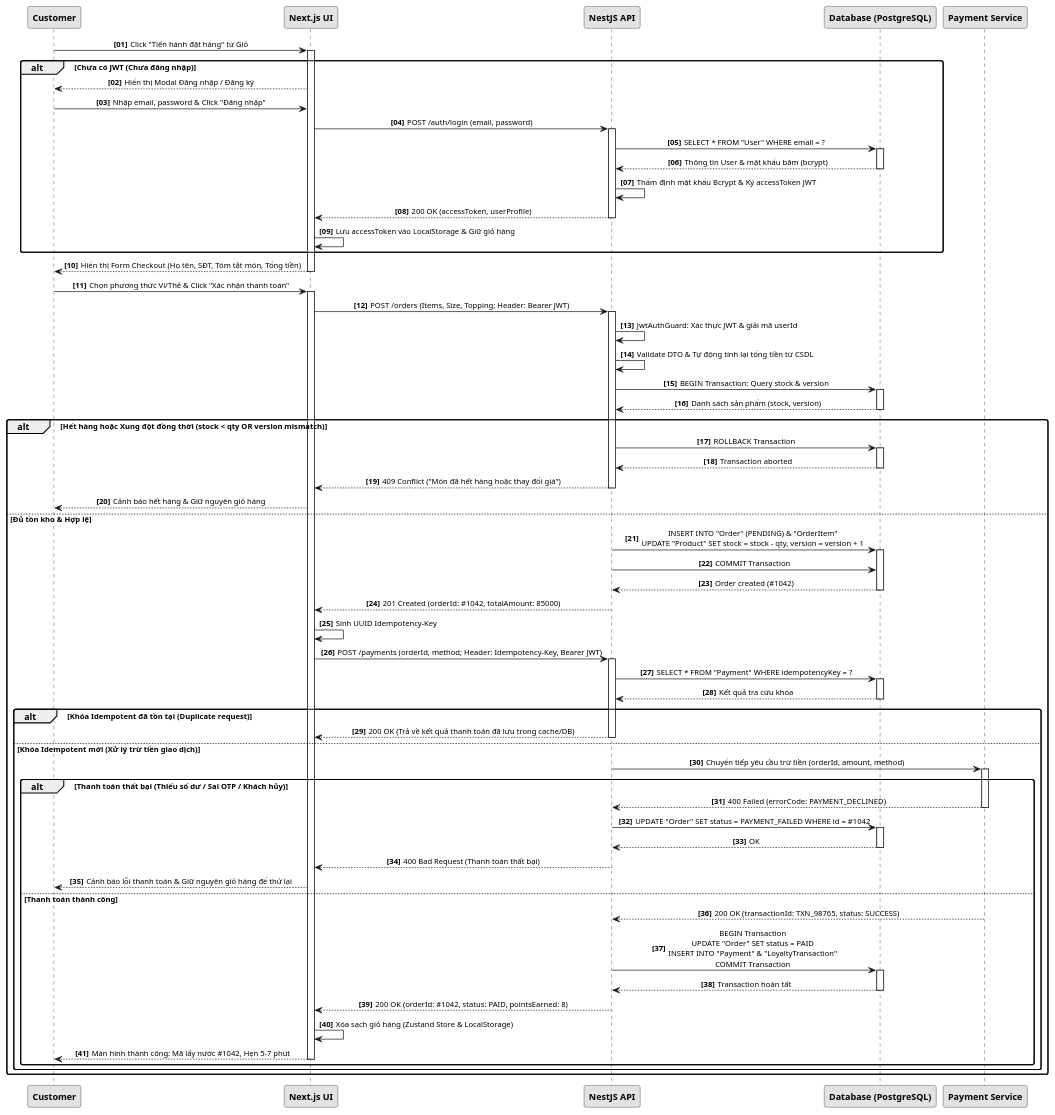
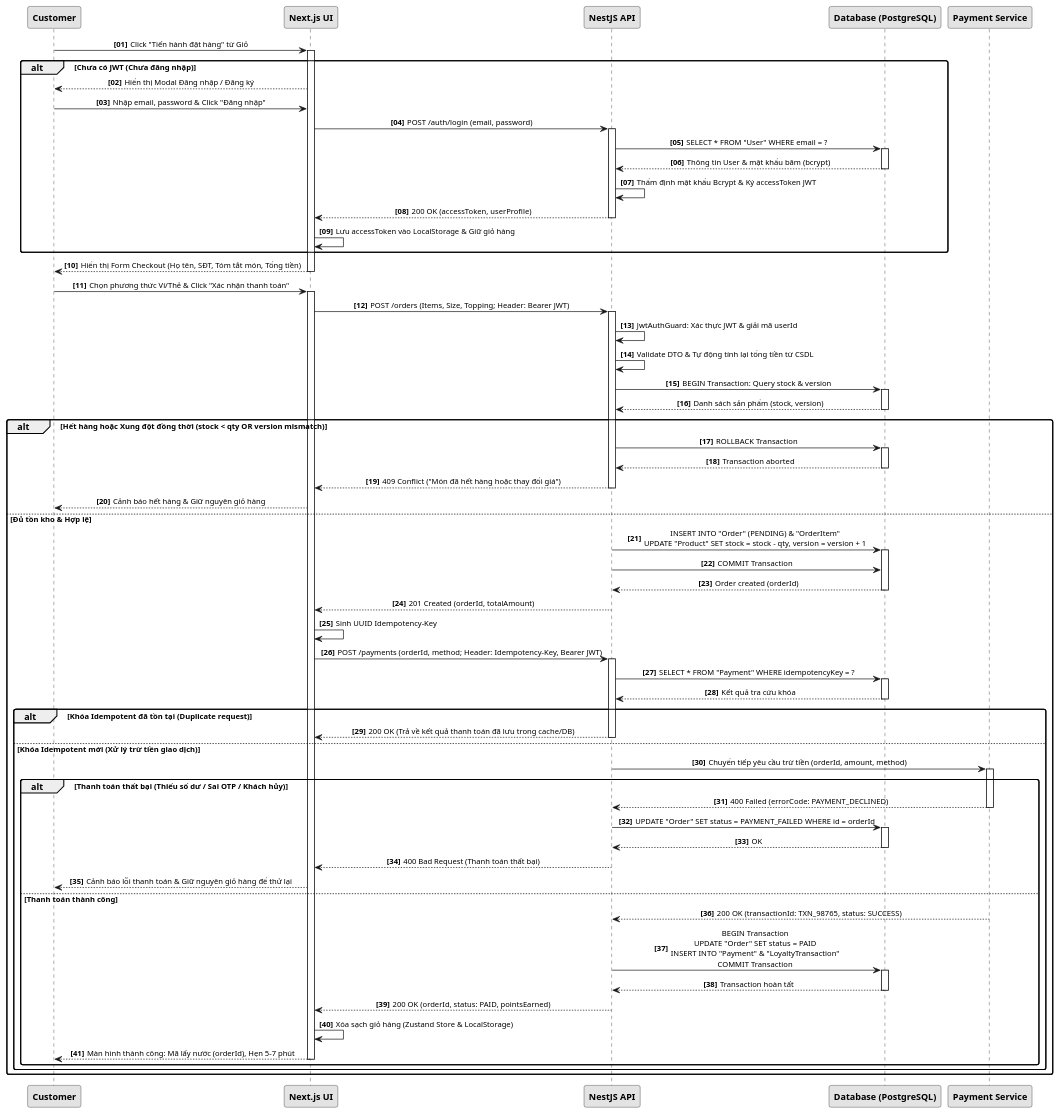
One commit to nphat-code/swe-project changed the diagram in docs/diagrams/sequence/sequence-checkout.puml. Above: the diagram before and after it, drawn with PlantUML. The commit also changed 4 other files, not shown here.

Commit message:
refactor(diagrams): replace hardcoded #1042 with generic orderId variable

```diff
--- a/docs/diagrams/sequence/sequence-checkout.puml
+++ b/docs/diagrams/sequence/sequence-checkout.puml
@@ -1,76 +1,76 @@
 @startuml sequence-checkout
 skinparam monochrome true
 skinparam shadowing false
 skinparam defaultTextAlignment center
 skinparam roundCorner 6
 skinparam ParticipantFontSize 13
 skinparam ParticipantFontStyle bold
 skinparam ArrowFontSize 11
 skinparam SequenceBoxFontSize 12
 
 autonumber "<b>[00]</b>"
 
 participant "Customer" as Customer
 participant "Next.js UI" as UI
 participant "NestJS API" as API
 participant "Database (PostgreSQL)" as DB
 participant "Payment Service" as Payment
 
 Customer -> UI ++ : Click "Tiến hành đặt hàng" từ Giỏ
 alt Chưa có JWT (Chưa đăng nhập)
     UI --> Customer : Hiển thị Modal Đăng nhập / Đăng ký
     Customer -> UI : Nhập email, password & Click "Đăng nhập"
     UI -> API ++ : POST /auth/login (email, password)
     API -> DB ++ : SELECT * FROM "User" WHERE email = ?
     DB --> API -- : Thông tin User & mật khẩu băm (bcrypt)
     API -> API : Thẩm định mật khẩu Bcrypt & Ký accessToken JWT
     API --> UI -- : 200 OK (accessToken, userProfile)
     UI -> UI : Lưu accessToken vào LocalStorage & Giữ giỏ hàng
 end
 UI --> Customer -- : Hiển thị Form Checkout (Họ tên, SĐT, Tóm tắt món, Tổng tiền)
 
 Customer -> UI ++ : Chọn phương thức Ví/Thẻ & Click "Xác nhận thanh toán"
 UI -> API ++ : POST /orders (Items, Size, Topping; Header: Bearer JWT)
 API -> API : JwtAuthGuard: Xác thực JWT & giải mã userId
 API -> API : Validate DTO & Tự động tính lại tổng tiền từ CSDL
 
 API -> DB ++ : BEGIN Transaction: Query stock & version
 DB --> API -- : Danh sách sản phẩm (stock, version)
 
 alt Hết hàng hoặc Xung đột đồng thời (stock < qty OR version mismatch)
     API -> DB ++ : ROLLBACK Transaction
     DB --> API -- : Transaction aborted
     API --> UI -- : 409 Conflict ("Món đã hết hàng hoặc thay đổi giá")
     UI --> Customer : Cảnh báo hết hàng & Giữ nguyên giỏ hàng
 else Đủ tồn kho & Hợp lệ
     API -> DB ++ : INSERT INTO "Order" (PENDING) & "OrderItem"\nUPDATE "Product" SET stock = stock - qty, version = version + 1
     API -> DB : COMMIT Transaction
-    DB --> API -- : Order created (#1042)
-    API --> UI -- : 201 Created (orderId: #1042, totalAmount: 85000)
+    DB --> API -- : Order created (orderId)
+    API --> UI -- : 201 Created (orderId, totalAmount)
 
     UI -> UI : Sinh UUID Idempotency-Key
     UI -> API ++ : POST /payments (orderId, method; Header: Idempotency-Key, Bearer JWT)
     API -> DB ++ : SELECT * FROM "Payment" WHERE idempotencyKey = ?
     DB --> API -- : Kết quả tra cứu khóa
 
     alt Khóa Idempotent đã tồn tại (Duplicate request)
         API --> UI -- : 200 OK (Trả về kết quả thanh toán đã lưu trong cache/DB)
     else Khóa Idempotent mới (Xử lý trừ tiền giao dịch)
         API -> Payment ++ : Chuyển tiếp yêu cầu trừ tiền (orderId, amount, method)
         alt Thanh toán thất bại (Thiếu số dư / Sai OTP / Khách hủy)
             Payment --> API -- : 400 Failed (errorCode: PAYMENT_DECLINED)
-            API -> DB ++ : UPDATE "Order" SET status = PAYMENT_FAILED WHERE id = #1042
+            API -> DB ++ : UPDATE "Order" SET status = PAYMENT_FAILED WHERE id = orderId
             DB --> API -- : OK
             API --> UI -- : 400 Bad Request (Thanh toán thất bại)
             UI --> Customer : Cảnh báo lỗi thanh toán & Giữ nguyên giỏ hàng để thử lại
         else Thanh toán thành công
             Payment --> API -- : 200 OK (transactionId: TXN_98765, status: SUCCESS)
             API -> DB ++ : BEGIN Transaction\nUPDATE "Order" SET status = PAID\nINSERT INTO "Payment" & "LoyaltyTransaction"\nCOMMIT Transaction
             DB --> API -- : Transaction hoàn tất
-            API --> UI -- : 200 OK (orderId: #1042, status: PAID, pointsEarned: 8)
+            API --> UI -- : 200 OK (orderId, status: PAID, pointsEarned)
             UI -> UI : Xóa sạch giỏ hàng (Zustand Store & LocalStorage)
-            UI --> Customer -- : Màn hình thành công: Mã lấy nước #1042, Hẹn 5-7 phút
+            UI --> Customer -- : Màn hình thành công: Mã lấy nước (orderId), Hẹn 5-7 phút
         end
     end
 end
 @enduml
```
